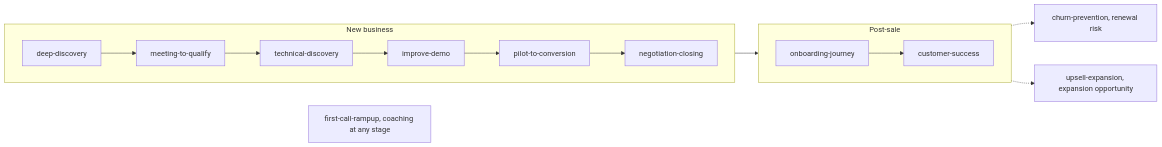
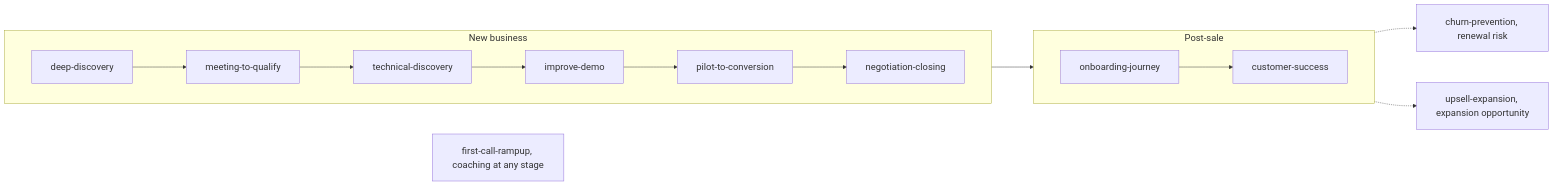
Before and after one commit to zime-ai/zime-gtm-skills: the diagram in README.md, drawn with Mermaid.

Commit message:
docs: widen mermaid diagram spacing in README for readability

````diff
--- a/README.md
+++ b/README.md
@@ -134,21 +134,22 @@
 ```mermaid
+%%{init: {"flowchart": {"nodeSpacing": 65, "rankSpacing": 90, "padding": 20}, "themeVariables": {"fontSize": "20px"}}}%%
 flowchart LR
     subgraph nb["New business"]
         direction LR
         dd[deep-discovery] --> mq[meeting-to-qualify]
         mq --> td[technical-discovery]
         td --> id[improve-demo]
         id --> pc[pilot-to-conversion]
         pc --> nc[negotiation-closing]
     end
     subgraph ps["Post-sale"]
         direction LR
         oj[onboarding-journey] --> cs[customer-success]
     end
     nb --> ps
     fcr["first-call-rampup, coaching at any stage"]
     cp["churn-prevention, renewal risk"]
     ue["upsell-expansion, expansion opportunity"]
     ps -.-> cp
     ps -.-> ue
 ```
````
